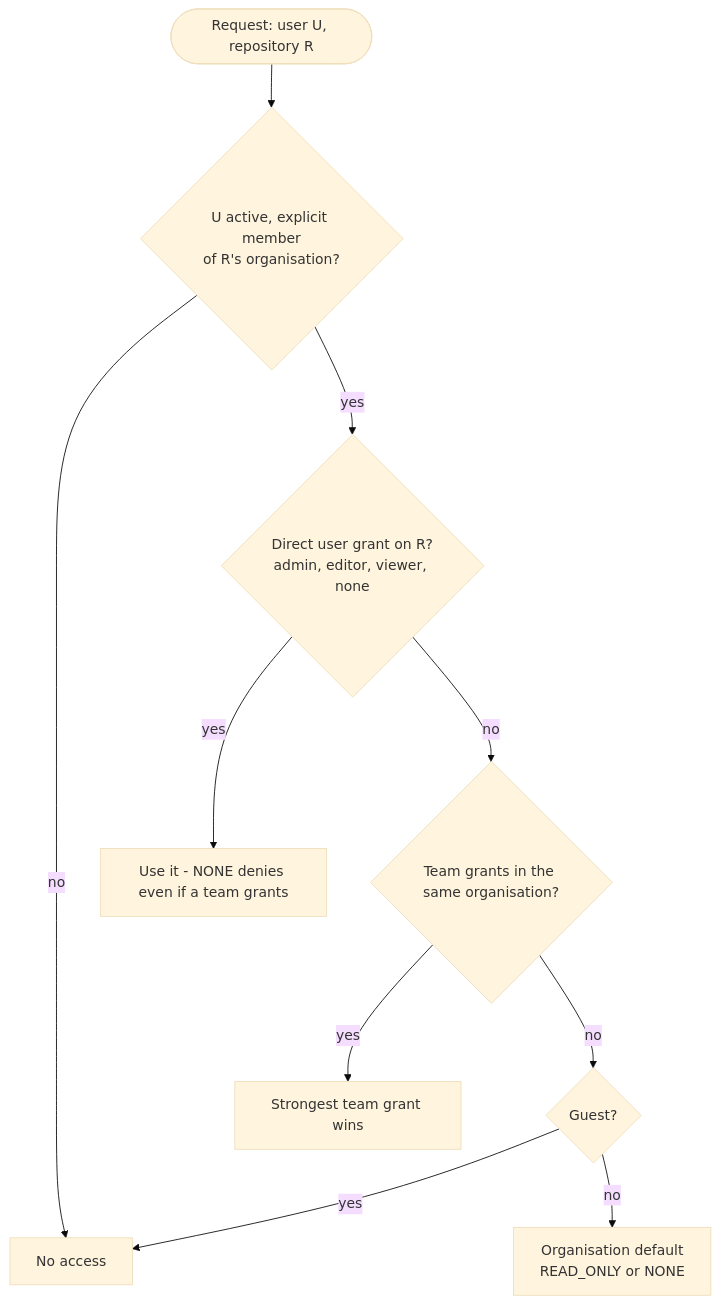
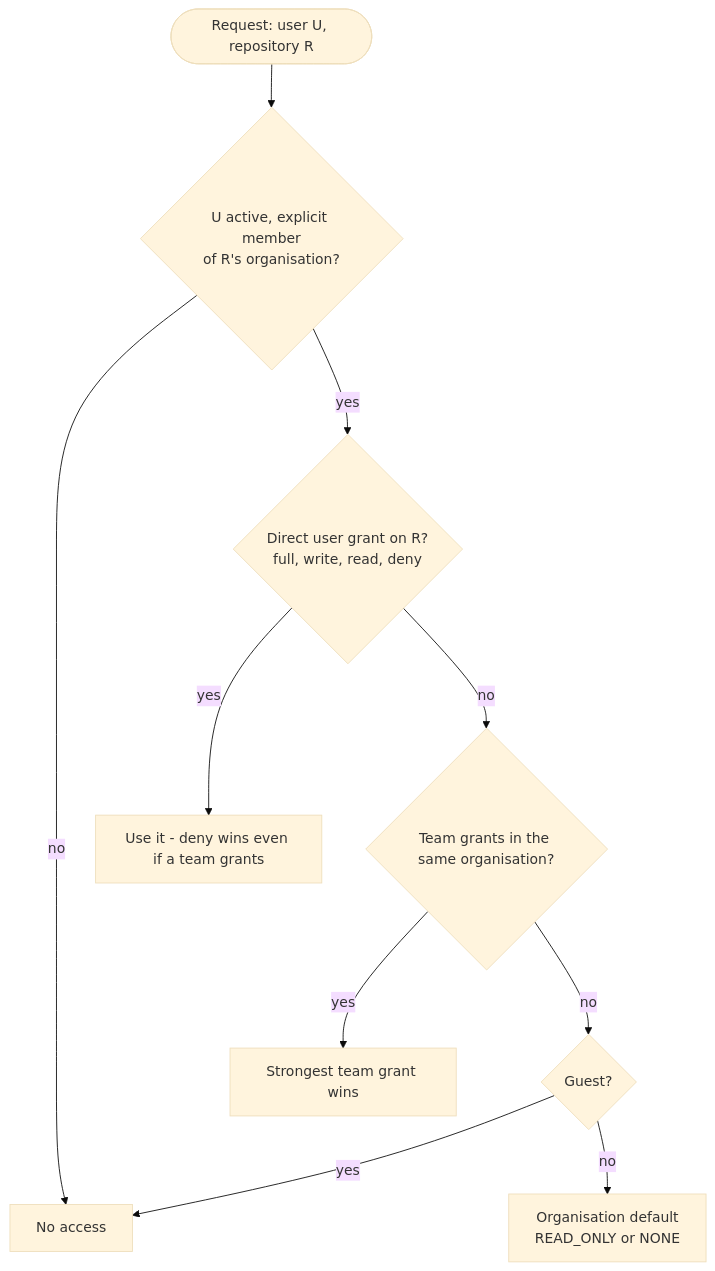
Before and after one commit to astrona-io/codesynapse: the second of 4 diagrams in docs/operations/accounts-access.md, drawn with Mermaid (base theme). The commit also changed other lines of this file and 92 other files, not shown here.

First line of the commit message:
feat(accounts): rename roles to read, write and full (#537)

````diff
--- a/docs/operations/accounts-access.md
+++ b/docs/operations/accounts-access.md
@@ -72,12 +72,12 @@
 ```mermaid
 flowchart TD
     req([Request: user U, repository R]) --> member{U active, explicit member<br/>of R's organisation?}
     member -- no --> deny[No access]
-    member -- yes --> direct{Direct user grant on R?<br/>admin, editor, viewer, none}
-    direct -- yes --> use1[Use it - NONE denies even if a team grants]
+    member -- yes --> direct{Direct user grant on R?<br/>full, write, read, deny}
+    direct -- yes --> use1[Use it - deny wins even if a team grants]
     direct -- no --> team{Team grants in the same organisation?}
     team -- yes --> use2[Strongest team grant wins]
     team -- no --> guest{Guest?}
     guest -- yes --> deny
     guest -- no --> def[Organisation default<br/>READ_ONLY or NONE]
 ```
````
